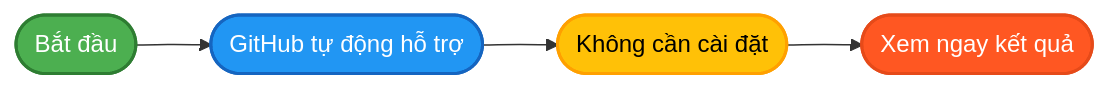
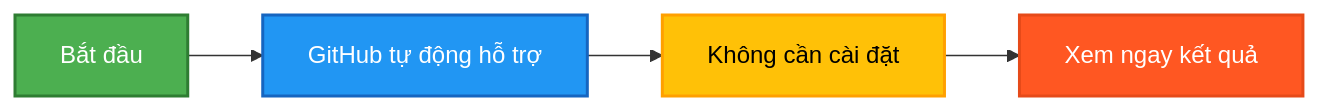
One commit to canhle1993/hoc-mermaid changed the first of 26 diagrams in README.md. Above: the diagram before and after it, drawn with Mermaid. The commit also changed other lines of this file, not shown here.

````diff
--- a/README.md
+++ b/README.md
@@ -3,13 +3,12 @@
 ```mermaid
 graph LR
-    A([Bắt đầu]) --> B([GitHub tự động hỗ trợ])
-    B --> C([Không cần cài đặt])
-    C --> D([Xem ngay kết quả])
+    A[Bắt đầu] --> B[GitHub tự động hỗ trợ]
+    B --> C[Không cần cài đặt]
+    C --> D[Xem ngay kết quả]
 
-    %% Tô màu từng node
+    %% Tô màu từng node (hình chữ nhật vuông)
     style A fill:#4CAF50,stroke:#2E7D32,stroke-width:2px,color:white
     style B fill:#2196F3,stroke:#1565C0,stroke-width:2px,color:white
     style C fill:#FFC107,stroke:#FFA000,stroke-width:2px,color:black
     style D fill:#FF5722,stroke:#E64A19,stroke-width:2px,color:white
-
 ```
````
